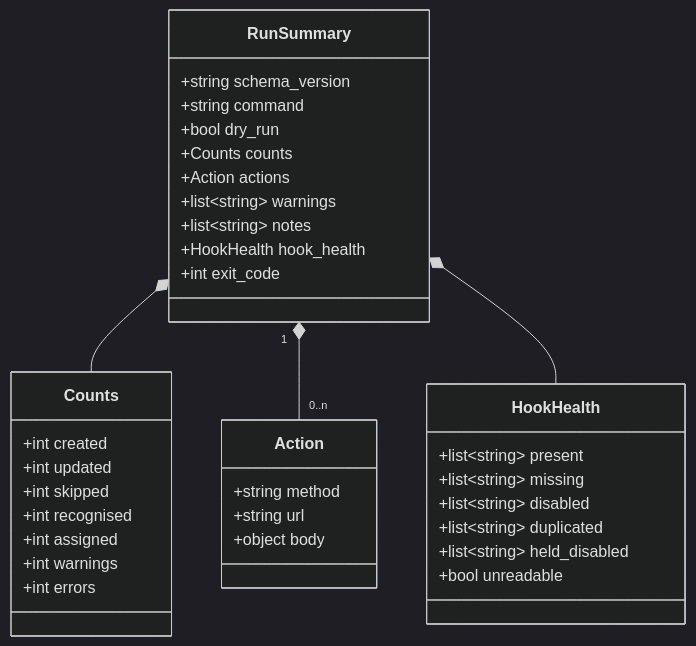
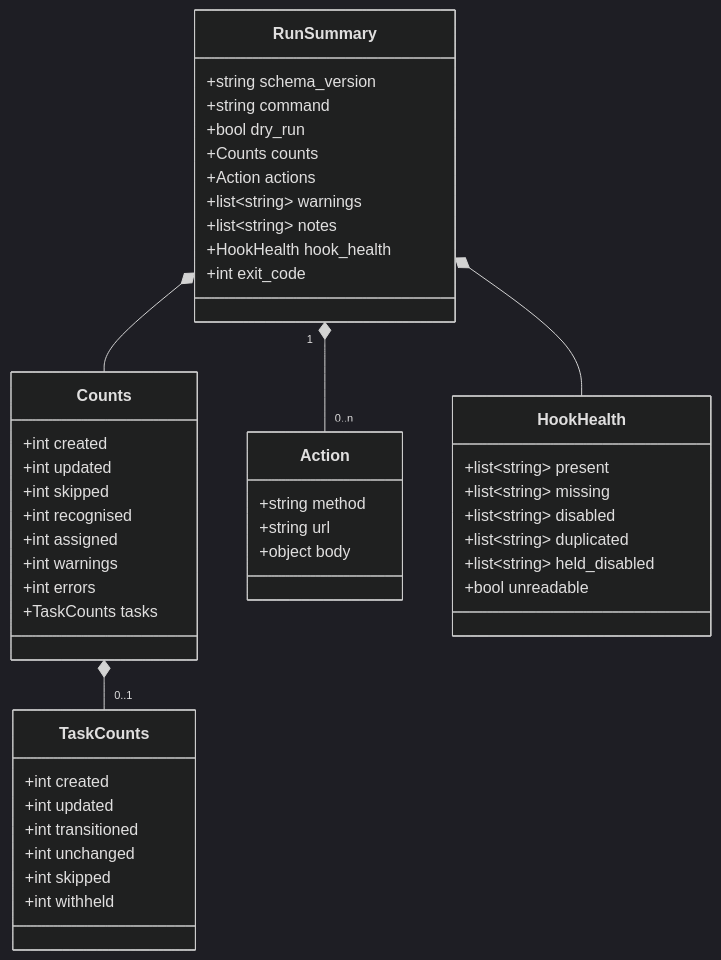
The sixth of 6 diagrams in docs/05-reconcile-flow.md (Fyloss/spec-kit-jira), drawn with Mermaid (dark theme) before and after one commit. The commit also changed other lines of this file and 135 other files, not shown here.

First line of the commit message:
feat: mirror tasks.md into Jira sub-tasks (012-jira-task-subtasks)

````diff
--- a/docs/05-reconcile-flow.md
+++ b/docs/05-reconcile-flow.md
@@ -198,43 +219,55 @@
 ```mermaid
 classDiagram
     class RunSummary {
         +string schema_version
         +string command
         +bool dry_run
         +Counts counts
         +Action actions
         +list~string~ warnings
         +list~string~ notes
         +HookHealth hook_health
         +int exit_code
     }
 
     class Counts {
         +int created
         +int updated
         +int skipped
         +int recognised
         +int assigned
         +int warnings
         +int errors
+        +TaskCounts tasks
     }
+
+    class TaskCounts {
+        +int created
+        +int updated
+        +int transitioned
+        +int unchanged
+        +int skipped
+        +int withheld
+    }
+
+    Counts *-- "0..1" TaskCounts
 
     class Action {
         +string method
         +string url
         +object body
     }
 
     class HookHealth {
         +list~string~ present
         +list~string~ missing
         +list~string~ disabled
         +list~string~ duplicated
         +list~string~ held_disabled
         +bool unreadable
     }
 
     RunSummary *-- Counts
     RunSummary "1" *-- "0..n" Action
     RunSummary *-- HookHealth
 ```
````
